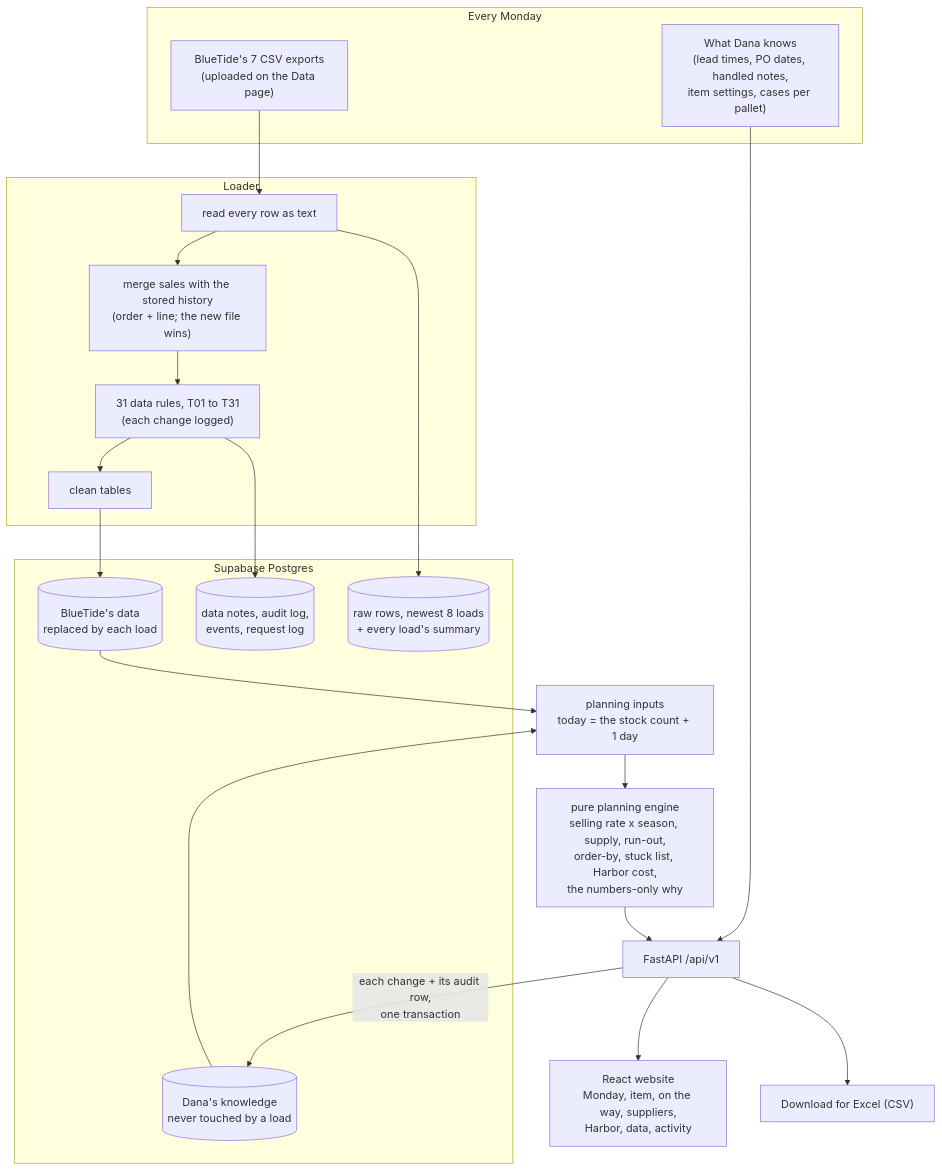
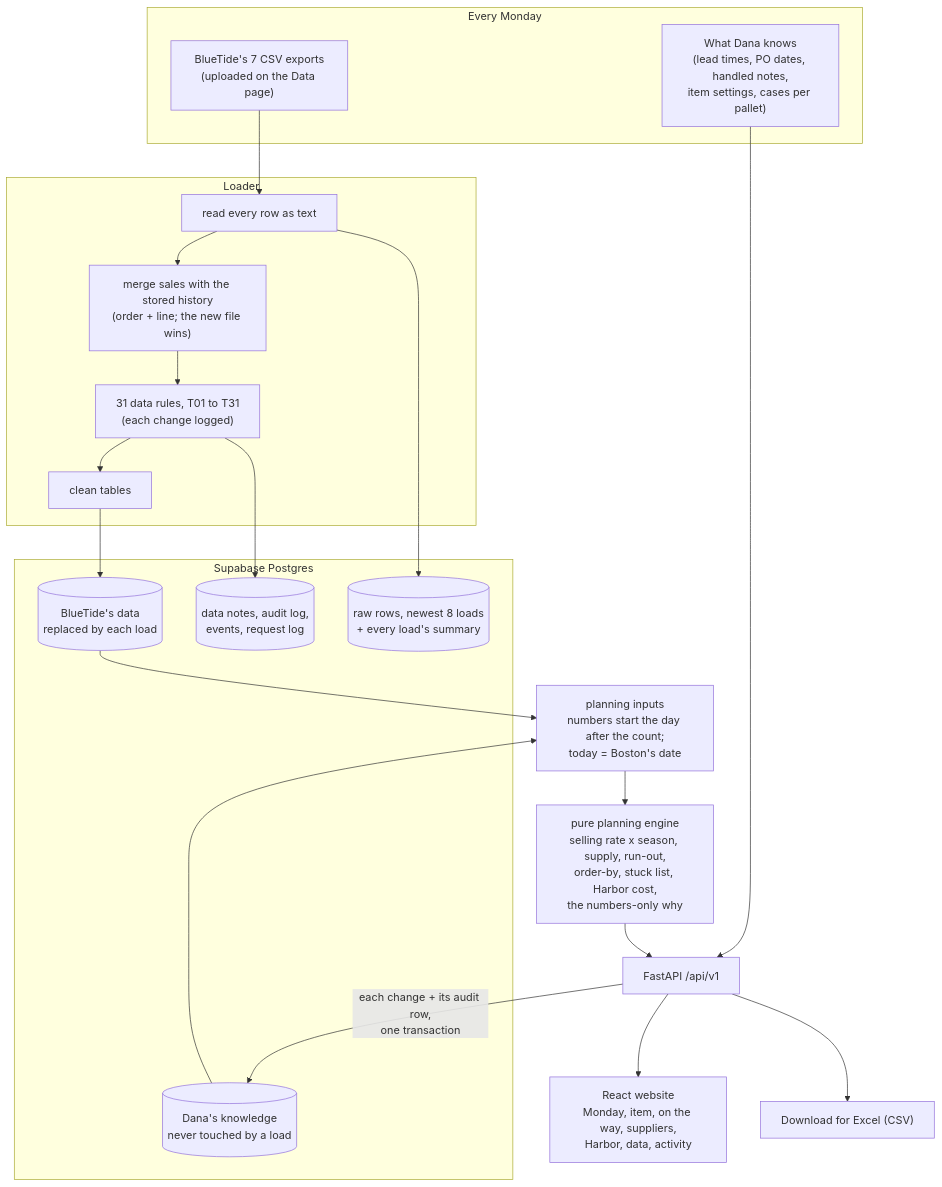
The diagram in README.md (ishan-soni27/NammuAI), drawn with Mermaid before and after one commit. The commit also changed other lines of this file and 8 other files, not shown here.

````diff
--- a/README.md
+++ b/README.md
@@ -91,29 +103,29 @@
 ```mermaid
 flowchart TD
   subgraph IN["Every Monday"]
     BT["BlueTide's 7 CSV exports<br/>(uploaded on the Data page)"]
     KN["What Dana knows<br/>(lead times, PO dates, handled notes,<br/>item settings, cases per pallet)"]
   end
   subgraph LD["Loader"]
     RR["read every row as text"] --> MG["merge sales with the stored history<br/>(order + line; the new file wins)"]
     MG --> RU["31 data rules, T01 to T31<br/>(each change logged)"] --> CL["clean tables"]
   end
   subgraph DB["Supabase Postgres"]
     RAW[("raw rows, newest 8 loads<br/>+ every load's summary")]
     BTT[("BlueTide's data<br/>replaced by each load")]
     APP[("Dana's knowledge<br/>never touched by a load")]
     LOG[("data notes, audit log,<br/>events, request log")]
   end
   BT --> RR
   RR --> RAW
   CL --> BTT
   RU --> LOG
   KN --> API
   API["FastAPI /api/v1"] -->|"each change + its audit row,<br/>one transaction"| APP
-  BTT --> PI["planning inputs<br/>today = the stock count + 1 day"]
+  BTT --> PI["planning inputs<br/>numbers start the day after the count;<br/>today = Boston's date"]
   APP --> PI
   PI --> EN["pure planning engine<br/>selling rate x season, supply, run-out,<br/>order-by, stuck list, Harbor cost,<br/>the numbers-only why"]
   EN --> API
   API --> WEB["React website<br/>Monday, item, on the way, suppliers,<br/>Harbor, data, activity"]
   API --> XL["Download for Excel (CSV)"]
 ```
````
